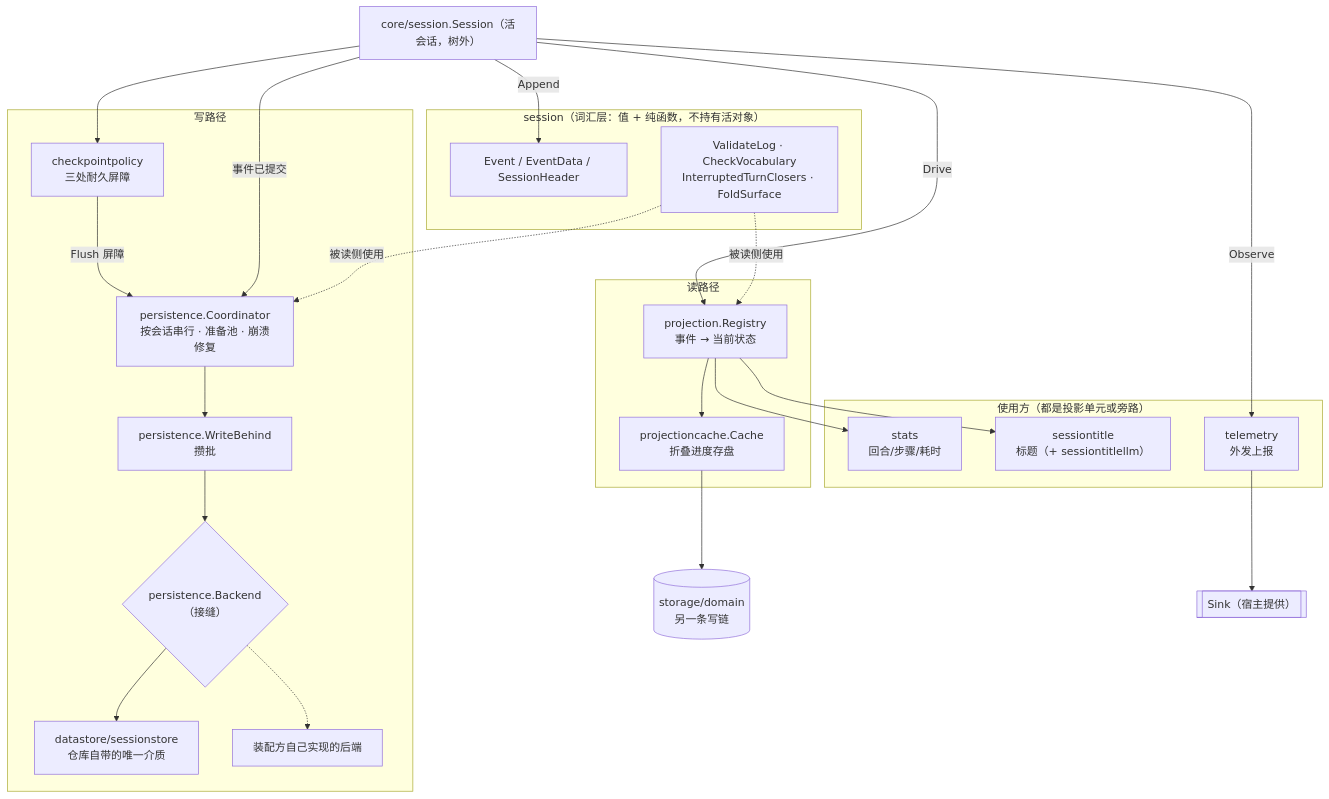
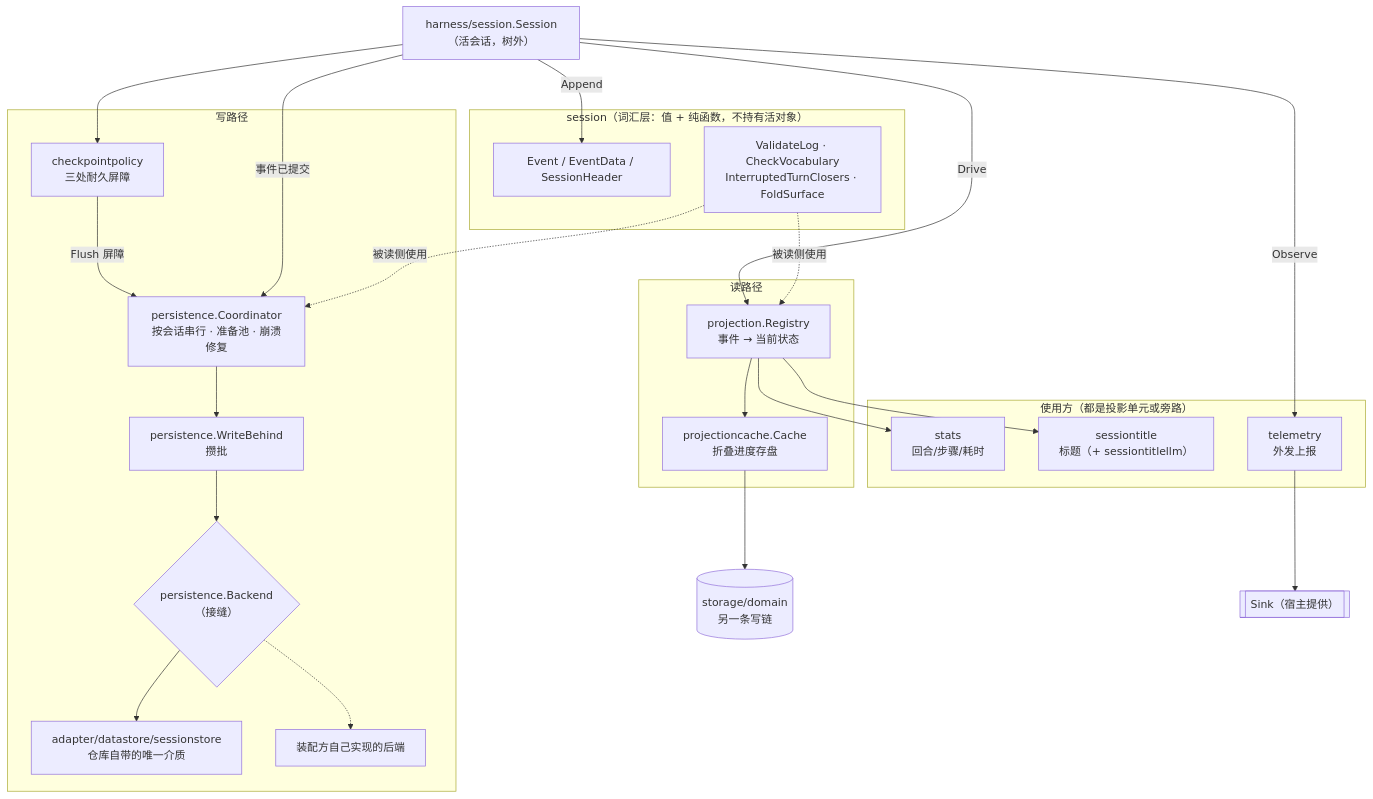
One commit to snight1983/ds-harness-go changed the first of 13 diagrams in docs/modules/session-tree.md. Above: the diagram before and after it, drawn with Mermaid. The commit also changed other lines of this file and 1281 other files, not shown here.

````diff
--- a/docs/modules/session-tree.md
+++ b/docs/modules/session-tree.md
@@ -82,49 +82,49 @@
 ```mermaid
 flowchart TB
     subgraph vocab["session（词汇层：值 + 纯函数，不持有活对象）"]
         Event["Event / EventData / SessionHeader"]
         Rules["ValidateLog · CheckVocabulary<br/>InterruptedTurnClosers · FoldSurface"]
     end
 
-    Live["core/session.Session（活会话，树外）"]
+    Live["harness/session.Session（活会话，树外）"]
 
     subgraph write["写路径"]
         Policy["checkpointpolicy<br/>三处耐久屏障"]
         Coord["persistence.Coordinator<br/>按会话串行 · 准备池 · 崩溃修复"]
         WB["persistence.WriteBehind<br/>攒批"]
         Backend{"persistence.Backend<br/>（接缝）"}
-        PG["datastore/sessionstore<br/>仓库自带的唯一介质"]
+        PG["adapter/datastore/sessionstore<br/>仓库自带的唯一介质"]
         Other["装配方自己实现的后端"]
     end
 
     subgraph read["读路径"]
         Reg["projection.Registry<br/>事件 → 当前状态"]
         Cache["projectioncache.Cache<br/>折叠进度存盘"]
     end
 
     subgraph users["使用方（都是投影单元或旁路）"]
         Stats["stats<br/>回合/步骤/耗时"]
         Title["sessiontitle<br/>标题（+ sessiontitlellm）"]
         Tele["telemetry<br/>外发上报"]
     end
 
     Live -->|Append| Event
     Live --> Policy
     Policy -->|Flush 屏障| Coord
     Live -->|事件已提交| Coord
     Coord --> WB
     WB --> Backend
     Backend --> PG
     Backend -.-> Other
 
     Live -->|Drive| Reg
     Reg --> Stats
     Reg --> Title
     Reg --> Cache
     Cache --> Domain[("storage/domain<br/>另一条写链")]
     Live -->|Observe| Tele
     Tele --> Sink[["Sink（宿主提供）"]]
 
     Rules -.被读侧使用.-> Coord
     Rules -.被读侧使用.-> Reg
 ```
````
